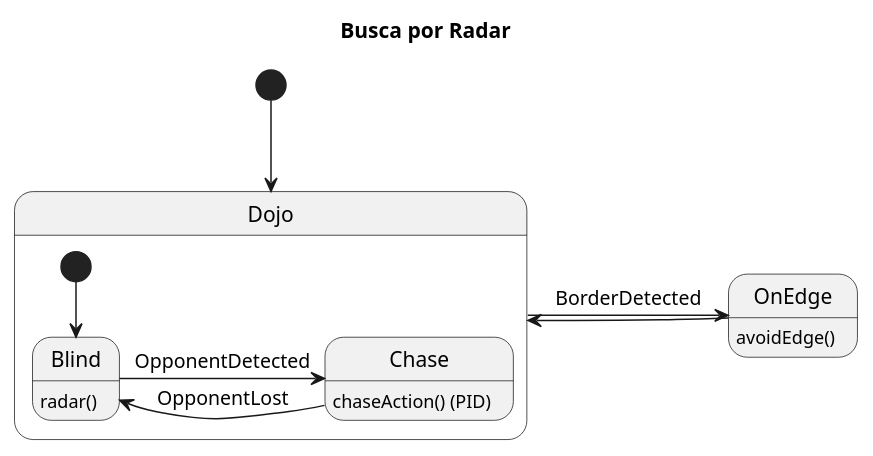
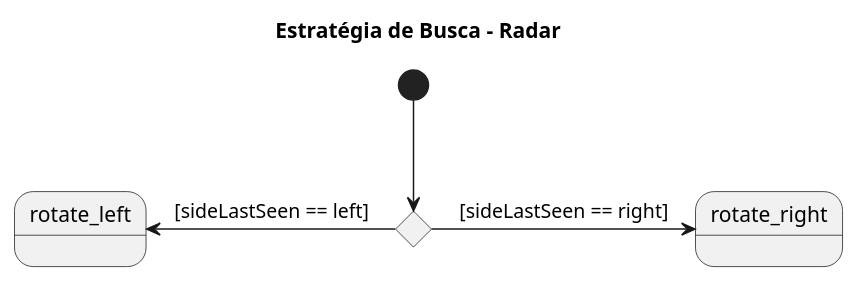
Before and after one commit to viniciusfneves/state-machine-sumo-controller: the diagram in Integrado/Diagramas de Estado/Estratégias de Busca/Radar.wsd, drawn with PlantUML. The commit also changed 6 other files, not shown here.

Commit message:
Todos os diagramas atualizados

```diff
--- a/Integrado/Diagramas de Estado/Estratégias de Busca/Radar.wsd
+++ b/Integrado/Diagramas de Estado/Estratégias de Busca/Radar.wsd
@@ -1,23 +1,15 @@
-@startuml RadarSearch
+@startuml Search-Radar
 
-title Busca por Radar
+title Estratégia de Busca - Radar
 
-[*] --> Dojo
-Dojo -> OnEdge : BorderDetected
-OnEdge -> Dojo
+state switch <<choice>>
 
-state Dojo{
-    [*] --> Blind
-    Blind -> Chase : OpponentDetected
-    Chase -> Blind : OpponentLost
-}
+[*] --> switch
+switch -l-> rotate_left  : [sideLastSeen == left]
+switch -r-> rotate_right : [sideLastSeen == right]
 
 /'
 ' Descrições
 '/
 
-Blind : radar()
-Chase : chaseAction() (PID)
-OnEdge : avoidEdge()
-
 @enduml
```
